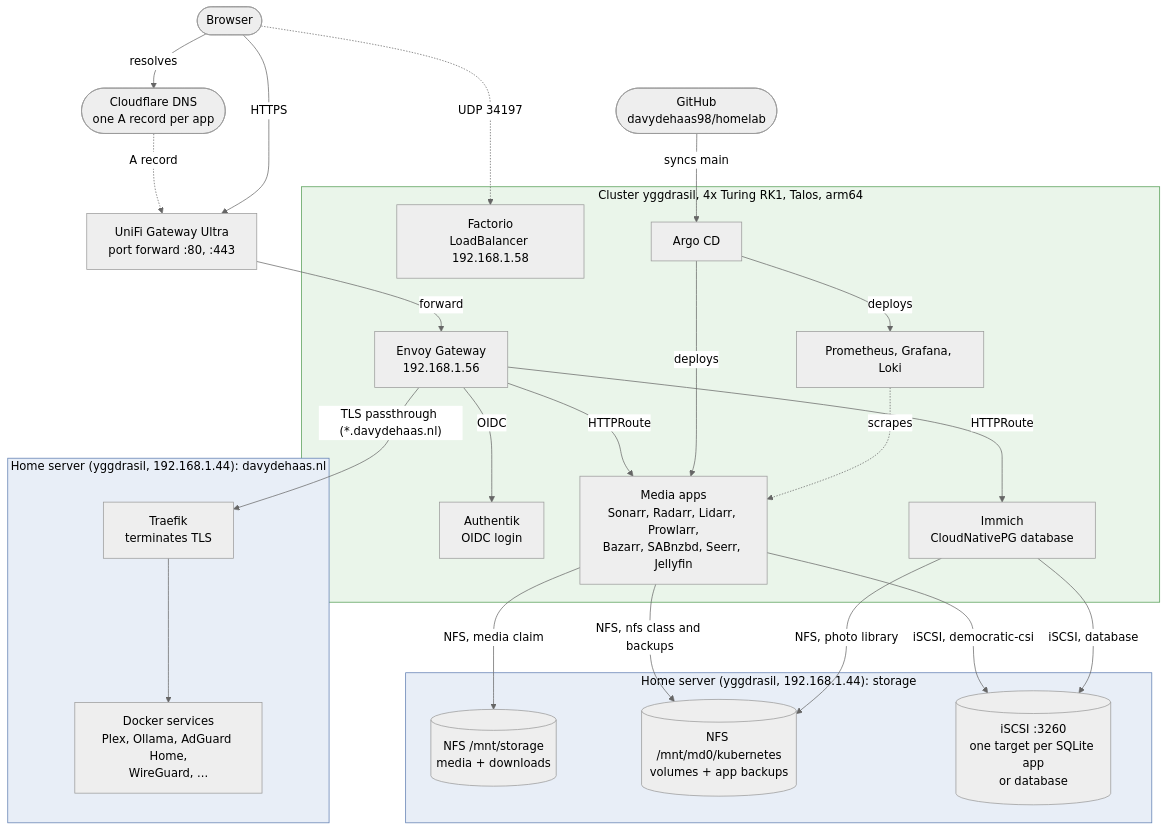
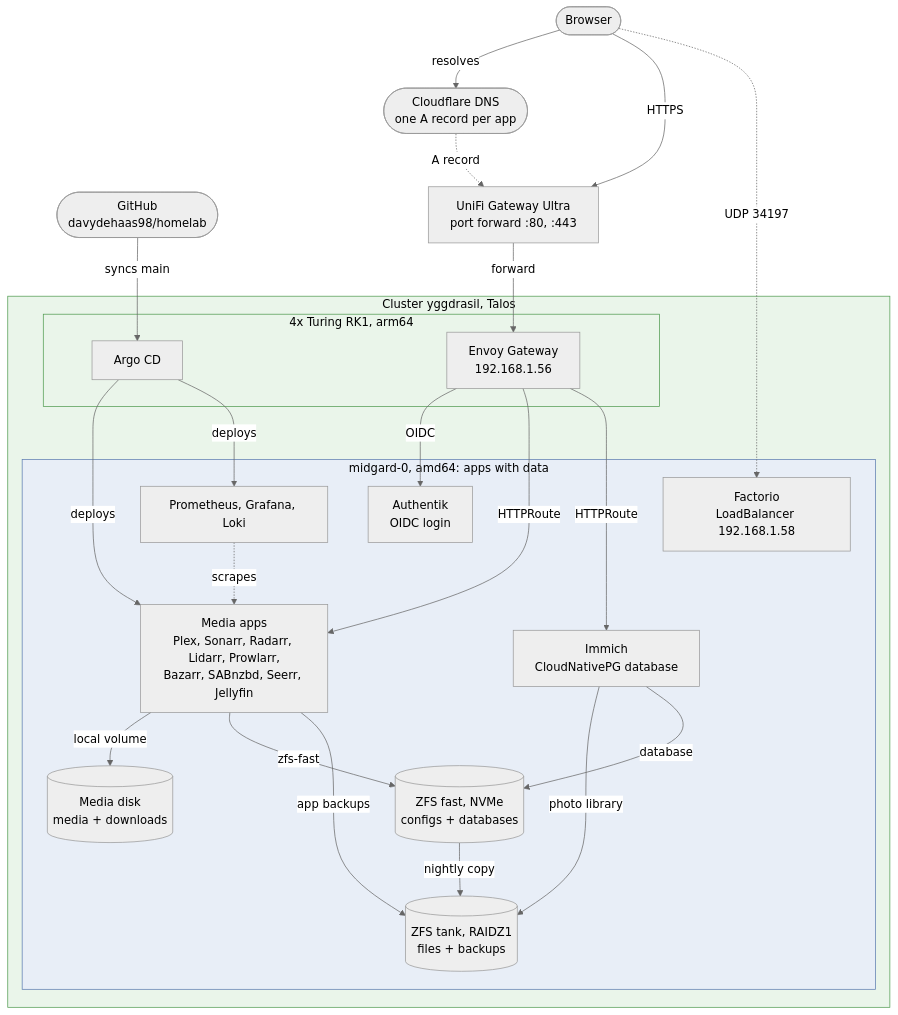
The diagram in docs/diagrams/architecture.mmd (davydehaas98/homelab), drawn with Mermaid (neutral theme) before and after one commit. The commit also changed 46 other files, not shown here.

```diff
--- a/docs/diagrams/architecture.mmd
+++ b/docs/diagrams/architecture.mmd
@@ -1,54 +1,49 @@
 flowchart TB
     browser([Browser])
     dns(["Cloudflare DNS<br/>one A record per app"])
     github(["GitHub<br/>davydehaas98/homelab"])
 
     unifi["UniFi Gateway Ultra<br/>port forward :80, :443"]
 
-    subgraph edge["Home server (yggdrasil, 192.168.1.44): davydehaas.nl"]
-        traefik["Traefik<br/>terminates TLS"]
-        docker["Docker services<br/>Plex, Ollama, AdGuard Home,<br/>WireGuard, ..."]
-    end
-
-    subgraph k8s["Cluster yggdrasil, 4x Turing RK1, Talos, arm64"]
-        envoy["Envoy Gateway<br/>192.168.1.56"]
-        authentik["Authentik<br/>OIDC login"]
-        apps["Media apps<br/>Sonarr, Radarr, Lidarr, Prowlarr,<br/>Bazarr, SABnzbd, Seerr, Jellyfin"]
-        immich["Immich<br/>CloudNativePG database"]
-        factorio["Factorio<br/>LoadBalancer 192.168.1.58"]
-        monitoring["Prometheus, Grafana, Loki"]
-        argo["Argo CD"]
-    end
-
-    subgraph storage["Home server (yggdrasil, 192.168.1.44): storage"]
-        media[("NFS /mnt/storage<br/>media + downloads")]
-        nfs[("NFS /mnt/md0/kubernetes<br/>volumes + app backups")]
-        iscsi[("iSCSI :3260<br/>one target per SQLite app<br/>or database")]
+    subgraph k8s["Cluster yggdrasil, Talos"]
+        subgraph rk1["4x Turing RK1, arm64"]
+            envoy["Envoy Gateway<br/>192.168.1.56"]
+            argo["Argo CD"]
+        end
+        subgraph midgard["midgard-0, amd64: apps with data"]
+            authentik["Authentik<br/>OIDC login"]
+            apps["Media apps<br/>Plex, Sonarr, Radarr, Lidarr, Prowlarr,<br/>Bazarr, SABnzbd, Seerr, Jellyfin"]
+            immich["Immich<br/>CloudNativePG database"]
+            factorio["Factorio<br/>LoadBalancer 192.168.1.58"]
+            monitoring["Prometheus, Grafana, Loki"]
+            fast[("ZFS fast, NVMe<br/>configs + databases")]
+            tank[("ZFS tank, RAIDZ1<br/>files + backups")]
+            media[("Media disk<br/>media + downloads")]
+        end
     end
 
     browser -->|resolves| dns
     dns -.->|A record| unifi
     browser -->|HTTPS| unifi
     unifi -->|forward| envoy
-    envoy -->|"TLS passthrough (*.davydehaas.nl)"| traefik
-    traefik --> docker
     envoy -->|OIDC| authentik
     envoy -->|HTTPRoute| apps
     envoy -->|HTTPRoute| immich
     browser -.->|UDP 34197| factorio
 
-    apps -->|NFS, media claim| media
-    apps -->|NFS, nfs class and backups| nfs
-    apps -->|iSCSI, democratic-csi| iscsi
-    immich -->|NFS, photo library| nfs
-    immich -->|iSCSI, database| iscsi
+    apps -->|local volume| media
+    apps -->|zfs-fast| fast
+    apps -->|app backups| tank
+    immich -->|photo library| tank
+    immich -->|database| fast
+    fast -->|nightly copy| tank
 
     github -->|syncs main| argo
     argo -->|deploys| apps
     argo -->|deploys| monitoring
     monitoring -.->|scrapes| apps
 
     classDef server fill:#e8eef7,stroke:#5b7bb0,color:#000
     classDef cluster fill:#eaf5ea,stroke:#4f9a4f,color:#000
-    class edge,storage server
-    class k8s cluster
+    class midgard server
+    class k8s,rk1 cluster
```
